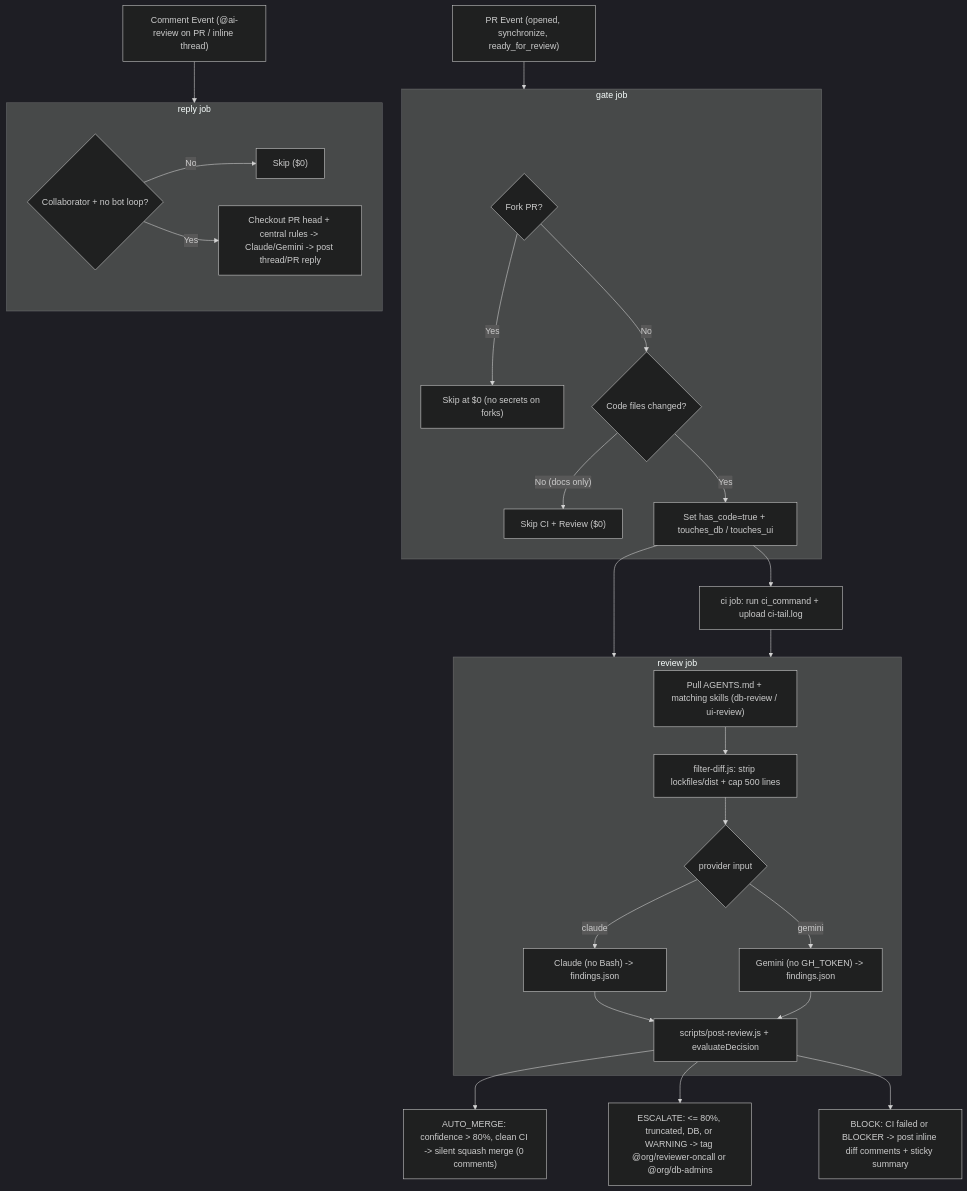
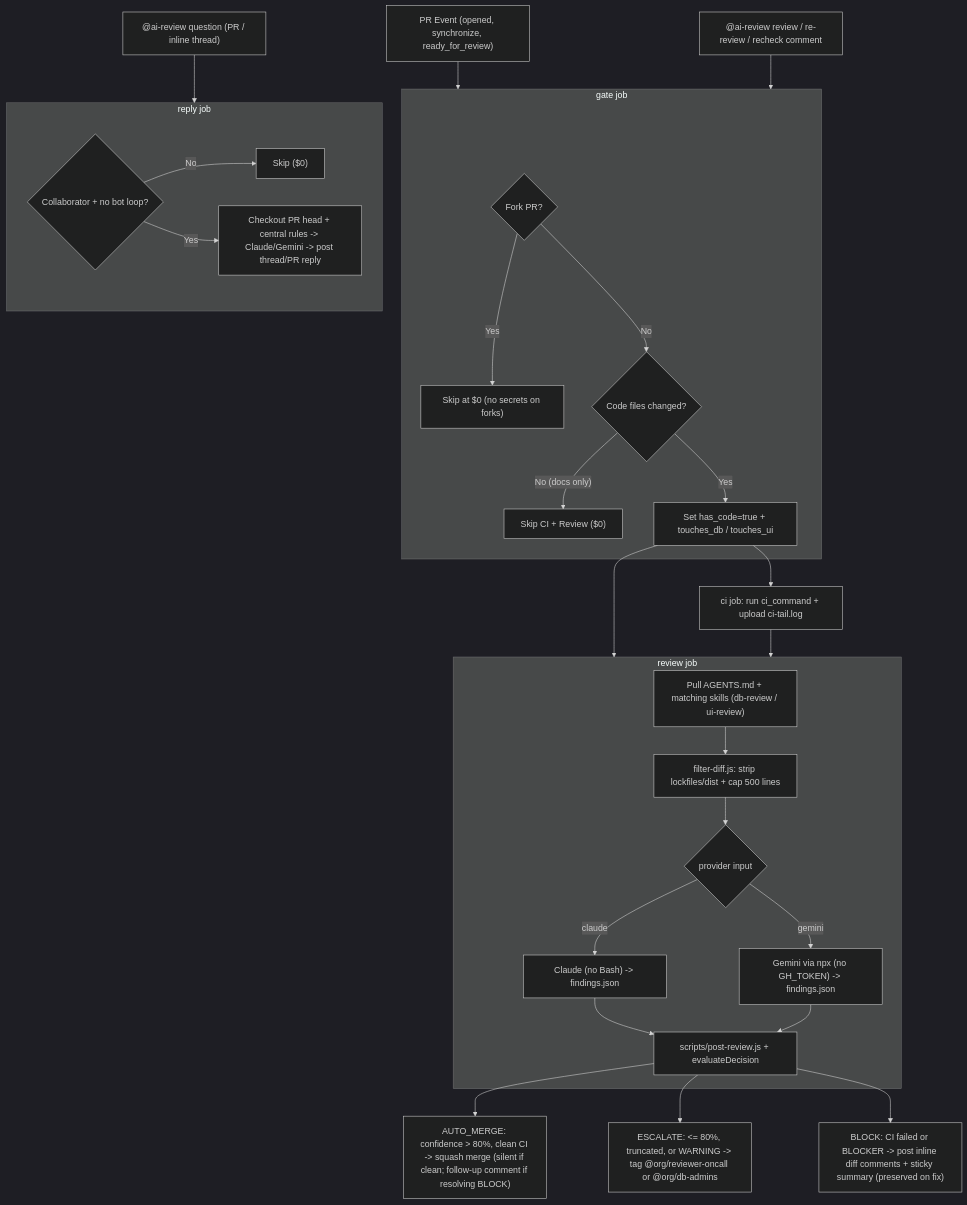
One commit to code-guard-demo/app-central changed the diagram in README.md. Above: the diagram before and after it, drawn with Mermaid (dark theme). The commit also changed other lines of this file, not shown here.

Commit message:
docs: document v1.4 review history preservation and @ai-review review

````diff
--- a/README.md
+++ b/README.md
@@ -11,39 +11,40 @@
 ```mermaid
 flowchart TD
     EV1["PR Event (opened, synchronize, ready_for_review)"] --> GATE
-    EV2["Comment Event (@ai-review on PR / inline thread)"] --> REPLY
+    EV2["@ai-review review / re-review / recheck comment"] --> GATE
+    EV3["@ai-review question (PR / inline thread)"] --> REPLY
 
     subgraph GATE["gate job"]
         G1{"Fork PR?"}
         G1 -- Yes --> GSTOP["Skip at $0 (no secrets on forks)"]
         G1 -- No --> G2{"Code files changed?"}
         G2 -- "No (docs only)" --> GSKIP["Skip CI + Review ($0)"]
         G2 -- Yes --> GOUT["Set has_code=true + touches_db / touches_ui"]
     end
 
     GOUT --> CI["ci job: run ci_command + upload ci-tail.log"]
     GOUT --> REV
     CI --> REV
 
     subgraph REV["review job"]
         R1["Pull AGENTS.md + matching skills (db-review / ui-review)"]
         R2["filter-diff.js: strip lockfiles/dist + cap 500 lines"]
         R3{"provider input"}
         R4["Claude (no Bash) -> findings.json"]
-        R5["Gemini (no GH_TOKEN) -> findings.json"]
+        R5["Gemini via npx (no GH_TOKEN) -> findings.json"]
         R6["scripts/post-review.js + evaluateDecision"]
         R1 --> R2 --> R3
         R3 -- claude --> R4 --> R6
         R3 -- gemini --> R5 --> R6
     end
 
-    R6 --> D1["AUTO_MERGE: confidence > 80%, clean CI -> silent squash merge (0 comments)"]
-    R6 --> D2["ESCALATE: <= 80%, truncated, DB, or WARNING -> tag @org/reviewer-oncall or @org/db-admins"]
-    R6 --> D3["BLOCK: CI failed or BLOCKER -> post inline diff comments + sticky summary"]
+    R6 --> D1["AUTO_MERGE: confidence > 80%, clean CI -> squash merge (silent if clean; follow-up comment if resolving BLOCK)"]
+    R6 --> D2["ESCALATE: <= 80%, truncated, or WARNING -> tag @org/reviewer-oncall or @org/db-admins"]
+    R6 --> D3["BLOCK: CI failed or BLOCKER -> post inline diff comments + sticky summary (preserved on fix)"]
 
     subgraph REPLY["reply job"]
         P1{"Collaborator + no bot loop?"}
         P1 -- No --> PSKIP["Skip ($0)"]
         P1 -- Yes --> P2["Checkout PR head + central rules -> Claude/Gemini -> post thread/PR reply"]
     end
 ```
````
